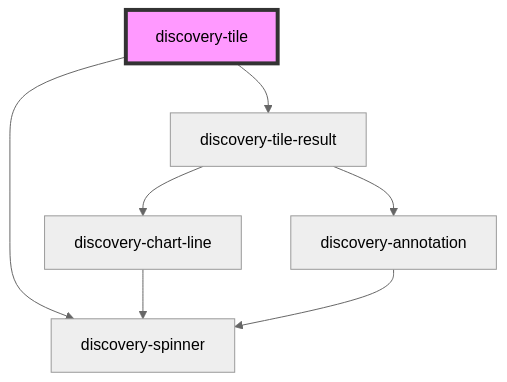
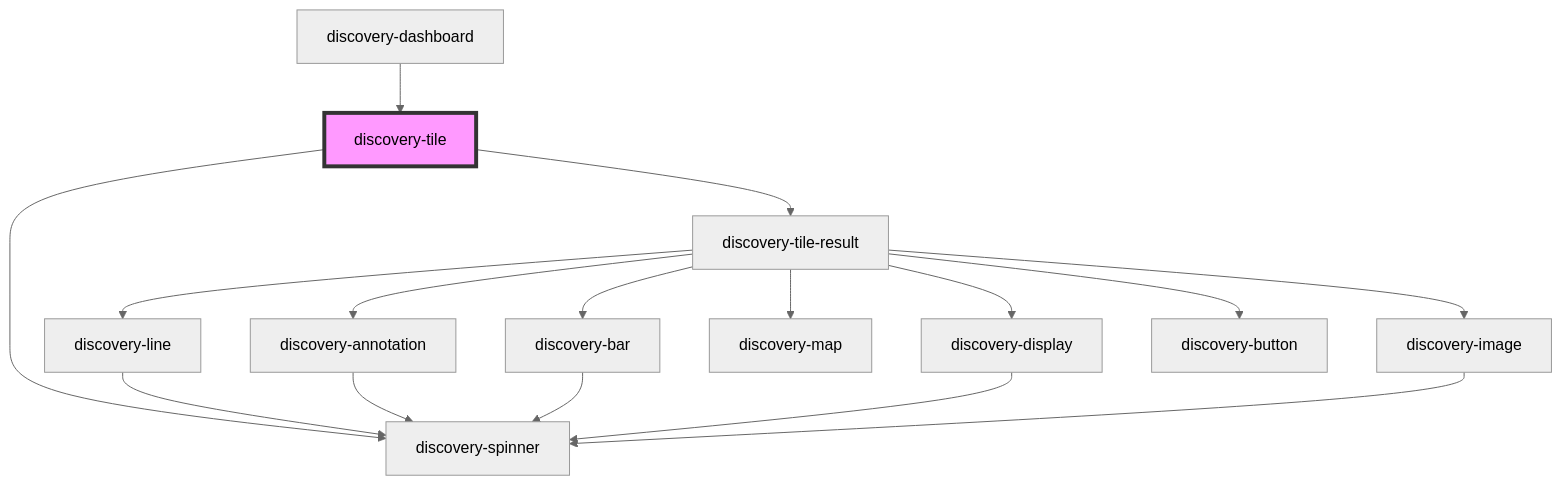
The diagram in src/components/discovery-tile/readme.md (senx/discovery-widgets), drawn with Mermaid (neutral theme) before and after one commit. The commit also changed other lines of this file and 15 other files, not shown here.

````diff
--- a/src/components/discovery-tile/readme.md
+++ b/src/components/discovery-tile/readme.md
@@ -34,10 +42,19 @@
 ```mermaid
 graph TD;
   discovery-tile --> discovery-tile-result
   discovery-tile --> discovery-spinner
-  discovery-tile-result --> discovery-chart-line
+  discovery-tile-result --> discovery-line
   discovery-tile-result --> discovery-annotation
-  discovery-chart-line --> discovery-spinner
+  discovery-tile-result --> discovery-bar
+  discovery-tile-result --> discovery-display
+  discovery-tile-result --> discovery-map
+  discovery-tile-result --> discovery-image
+  discovery-tile-result --> discovery-button
+  discovery-line --> discovery-spinner
   discovery-annotation --> discovery-spinner
+  discovery-bar --> discovery-spinner
+  discovery-display --> discovery-spinner
+  discovery-image --> discovery-spinner
+  discovery-dashboard --> discovery-tile
   style discovery-tile fill:#f9f,stroke:#333,stroke-width:4px
 ```
````
